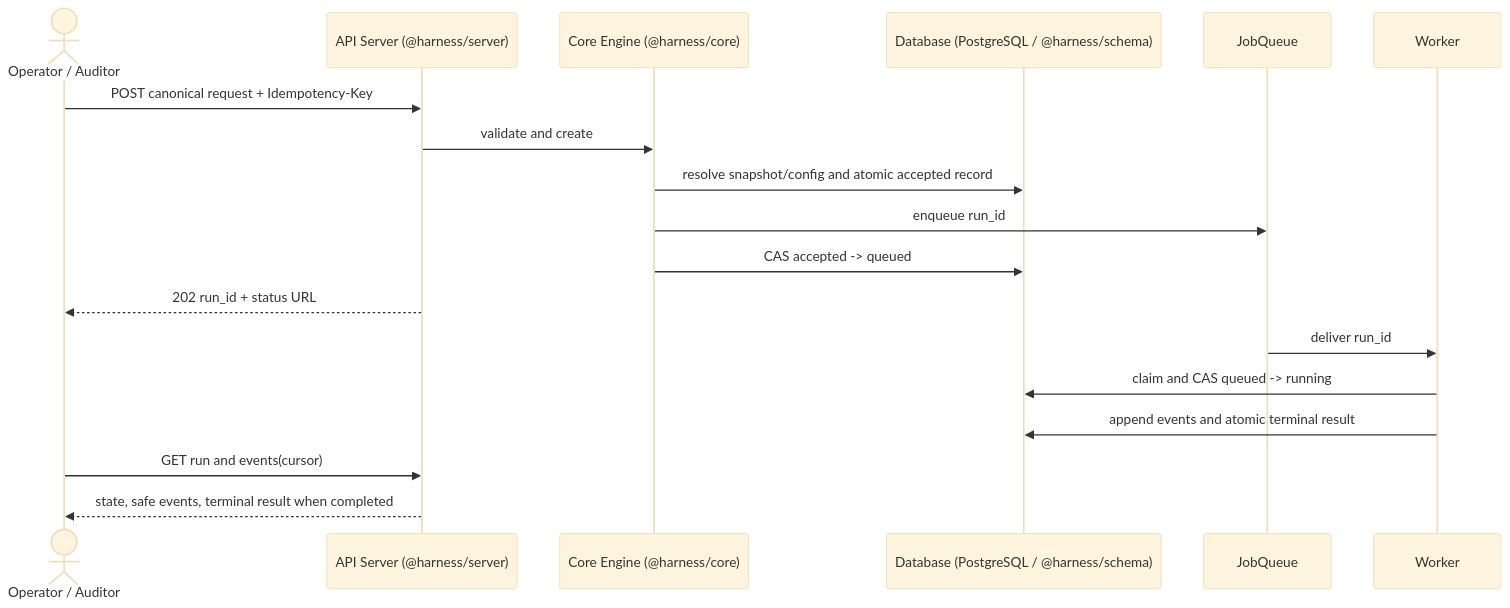
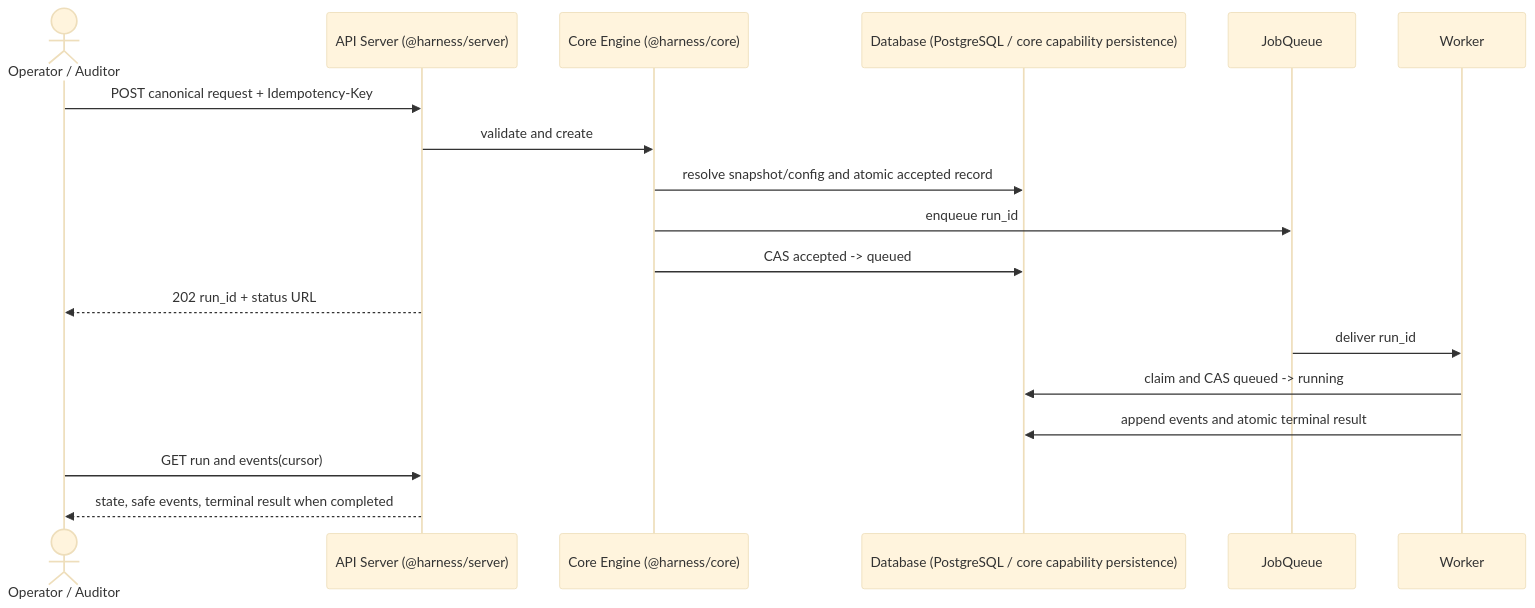
Before and after one commit to DATN-K23/harness: the first of 7 diagrams in blueprint/architecture/sequences.md, drawn with Mermaid (base theme). The commit also changed other lines of this file and 16 other files, not shown here.

````diff
--- a/blueprint/architecture/sequences.md
+++ b/blueprint/architecture/sequences.md
@@ -8,20 +10,20 @@
 ```mermaid
 sequenceDiagram
   actor U as Operator / Auditor
   participant API as API Server (@harness/server)
   participant APP as Core Engine (@harness/core)
-  participant DB as Database (PostgreSQL / @harness/schema)
+  participant DB as Database (PostgreSQL / core capability persistence)
   participant Q as JobQueue
   participant W as Worker
   U->>API: POST canonical request + Idempotency-Key
   API->>APP: validate and create
   APP->>DB: resolve snapshot/config and atomic accepted record
   APP->>Q: enqueue run_id
   APP->>DB: CAS accepted -> queued
   API-->>U: 202 run_id + status URL
   Q->>W: deliver run_id
   W->>DB: claim and CAS queued -> running
   W->>DB: append events and atomic terminal result
   U->>API: GET run and events(cursor)
   API-->>U: state, safe events, terminal result when completed
 ```
````
